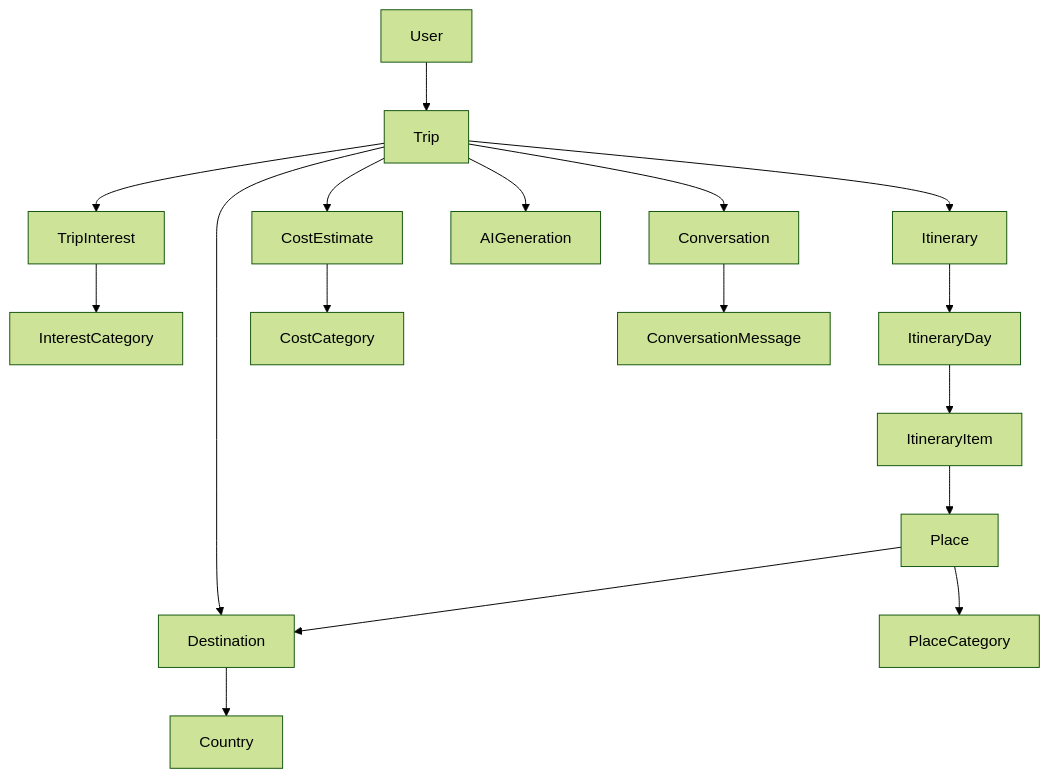
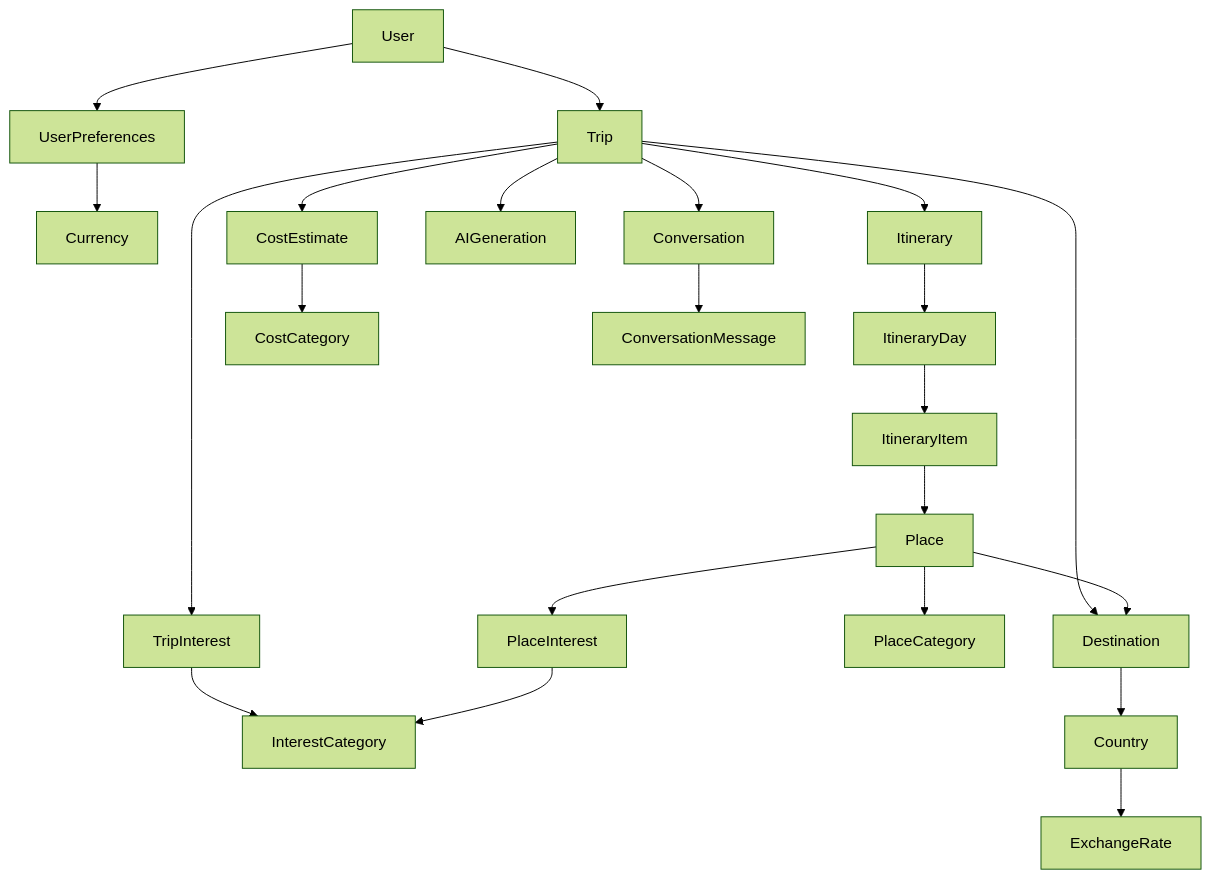
The first of 2 diagrams in Docs/05_TRIPLY_Database_Design_Data_Model_Specification.md (adam-alAj/Triply), drawn with Mermaid (forest theme) before and after one commit. The commit also changed other lines of this file and 12 other files, not shown here.

````diff
--- a/Docs/05_TRIPLY_Database_Design_Data_Model_Specification.md
+++ b/Docs/05_TRIPLY_Database_Design_Data_Model_Specification.md
@@ -26,19 +33,24 @@
 ```mermaid
 graph TD
     U[User] --> T[Trip]
+    U --> UP[UserPreferences]
+    UP --> PCUR[Currency]
     T --> TI[TripInterest]
     TI --> IC[InterestCategory]
     T --> D[Destination]
     D --> C[Country]
+    C --> ER[ExchangeRate]
     T --> IT[Itinerary]
     IT --> IDAY[ItineraryDay]
     IDAY --> IITEM[ItineraryItem]
     IITEM --> P[Place]
     P --> D
     P --> PC[PlaceCategory]
+    P --> PI[PlaceInterest]
+    PI --> IC
     T --> CE[CostEstimate]
     CE --> CC[CostCategory]
     T --> AIG[AIGeneration]
     T --> CONV[Conversation]
     CONV --> CMSG[ConversationMessage]
 ```
````
